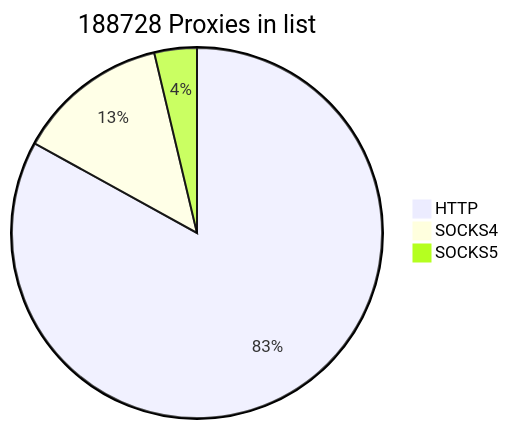
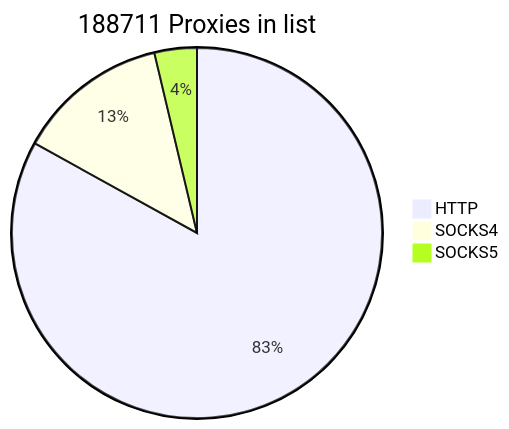
One commit to cutipu/proxylist changed the first of 2 diagrams in README.md. Above: the diagram before and after it, drawn with Mermaid. The commit also changed other lines of this file, not shown here.

````diff
--- a/README.md
+++ b/README.md
@@ -2,7 +2,7 @@
 ```mermaid
-pie title 188728 Proxies in list
+pie title 188711 Proxies in list
     "HTTP" : 156703
     "SOCKS4" : 25023
-    "SOCKS5" : 7002
+    "SOCKS5" : 6985
             
 ```
````
